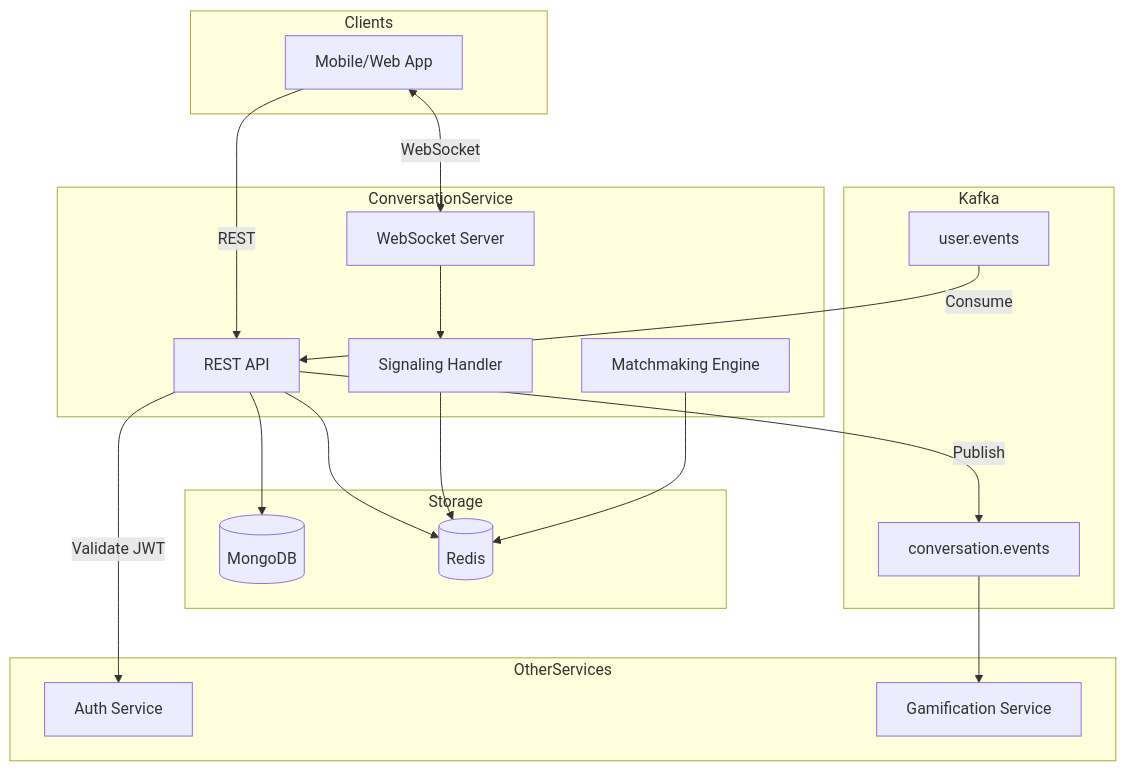
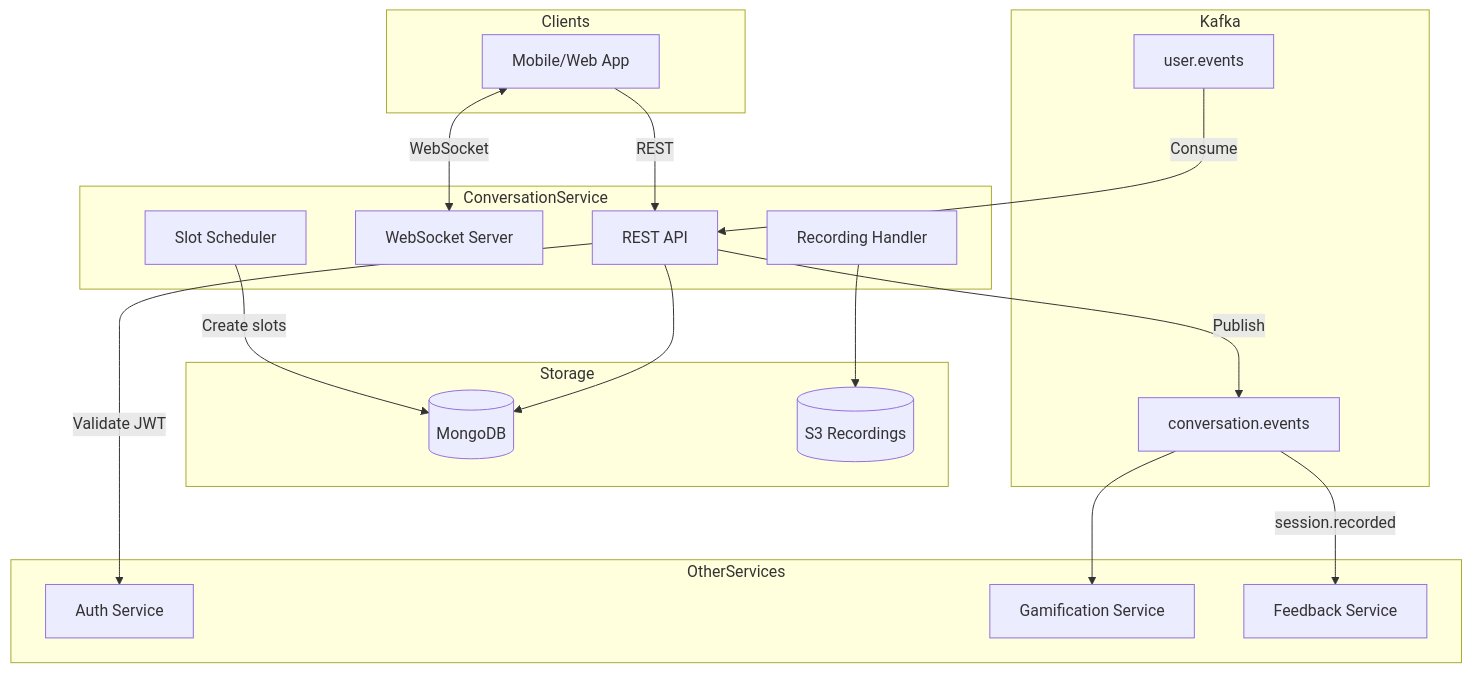
One commit to we-speak-org/wespeak-specifications changed the fifth of 6 diagrams in 03-conversation-service/DIAGRAMS.md. Above: the diagram before and after it, drawn with Mermaid. The commit also changed other lines of this file and 15 other files, not shown here.

First line of the commit message:
refactor(conversation-service): simplify model with timeslots, registrations and recording

````diff
--- a/03-conversation-service/DIAGRAMS.md
+++ b/03-conversation-service/DIAGRAMS.md
@@ -216,46 +193,45 @@
 ```mermaid
 flowchart TB
     subgraph Clients
         APP[Mobile/Web App]
     end
 
     subgraph ConversationService
         API[REST API]
         WS[WebSocket Server]
-        MATCH[Matchmaking Engine]
-        SIG[Signaling Handler]
+        SCHED[Slot Scheduler]
+        REC[Recording Handler]
     end
 
     subgraph Storage
         MONGO[(MongoDB)]
-        REDIS[(Redis)]
+        S3[(S3 Recordings)]
     end
 
     subgraph Kafka
         TOPIC_CONV[conversation.events]
         TOPIC_USER[user.events]
     end
 
     subgraph OtherServices
         AUTH[Auth Service]
         GAMI[Gamification Service]
+        FEED[Feedback Service]
     end
 
     APP -->|REST| API
     APP <-->|WebSocket| WS
     
     API --> MONGO
-    API --> REDIS
+    REC --> S3
     
-    WS --> SIG
-    SIG --> REDIS
-    
-    MATCH --> REDIS
+    SCHED -->|Create slots| MONGO
     
     API -->|Publish| TOPIC_CONV
     TOPIC_USER -->|Consume| API
     
     TOPIC_CONV --> GAMI
+    TOPIC_CONV -->|session.recorded| FEED
     
     API -->|Validate JWT| AUTH
 ```
````
